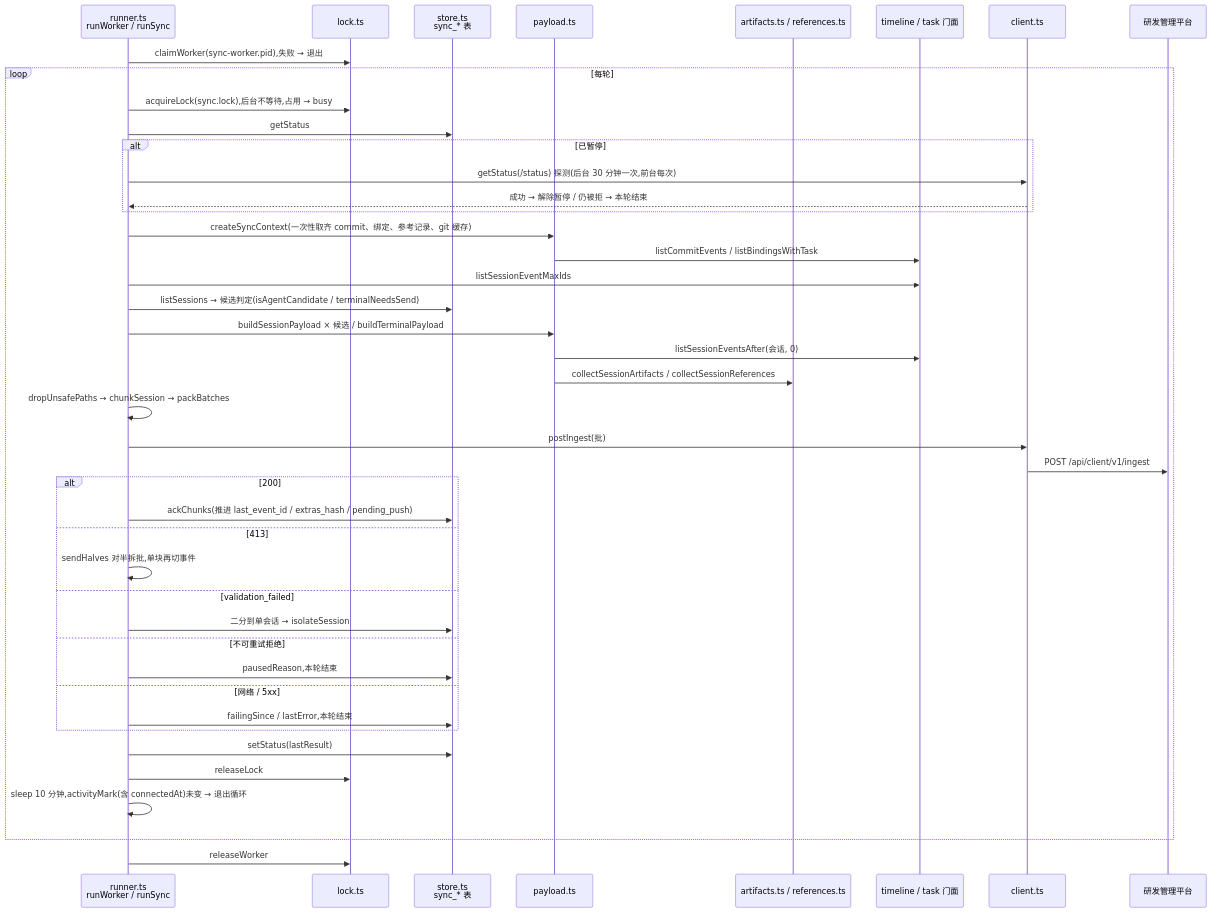
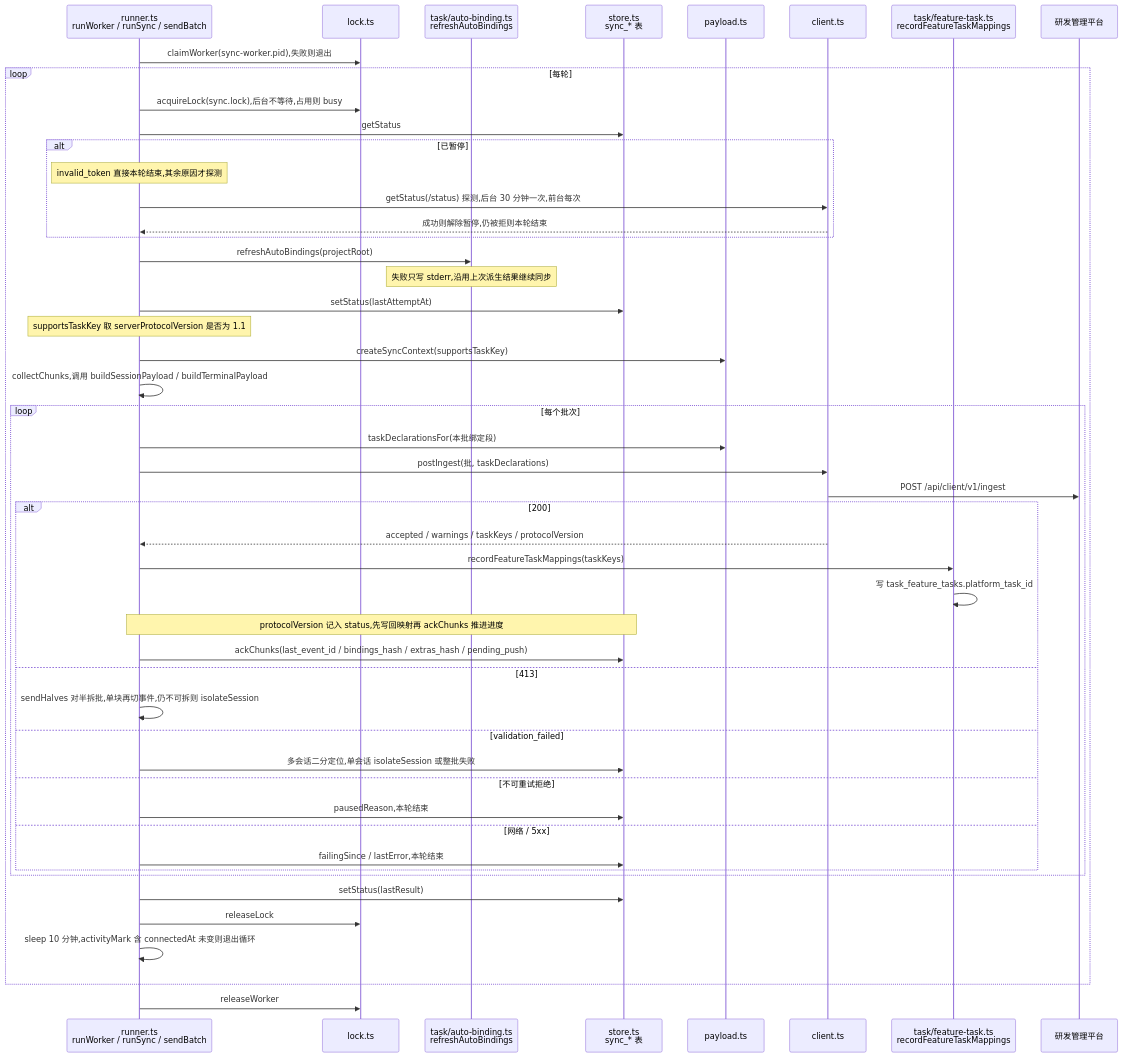
The third of 5 diagrams in docs/code-map/flows/平台上报.md (smdnkB/cgraphx), drawn with Mermaid before and after one commit. The commit also changed other lines of this file and 8 other files, not shown here.

First line of the commit message:
docs: 更新任务知识库与代码地图——任务自动关联落地后的现状

````diff
--- a/docs/code-map/flows/平台上报.md
+++ b/docs/code-map/flows/平台上报.md
@@ -93,46 +124,52 @@
 ```mermaid
 sequenceDiagram
-  participant W as runner.ts<br/>runWorker / runSync
+  participant W as runner.ts<br/>runWorker / runSync / sendBatch
   participant LK as lock.ts
+  participant TASK as task/auto-binding.ts<br/>refreshAutoBindings
   participant ST as store.ts<br/>sync_* 表
   participant PL as payload.ts
-  participant AR as artifacts.ts / references.ts
-  participant TL as timeline / task 门面
   participant CL as client.ts
+  participant FTK as task/feature-task.ts<br/>recordFeatureTaskMappings
   participant P as 研发管理平台
 
-  W->>LK: claimWorker(sync-worker.pid),失败 → 退出
+  W->>LK: claimWorker(sync-worker.pid),失败则退出
   loop 每轮
-    W->>LK: acquireLock(sync.lock),后台不等待,占用 → busy
+    W->>LK: acquireLock(sync.lock),后台不等待,占用则 busy
     W->>ST: getStatus
     alt 已暂停
-      W->>CL: getStatus(/status) 探测(后台 30 分钟一次,前台每次)
-      CL-->>W: 成功 → 解除暂停 / 仍被拒 → 本轮结束
+      Note over W: invalid_token 直接本轮结束,其余原因才探测
+      W->>CL: getStatus(/status) 探测,后台 30 分钟一次,前台每次
+      CL-->>W: 成功则解除暂停,仍被拒则本轮结束
     end
-    W->>PL: createSyncContext(一次性取齐 commit、绑定、参考记录、git 缓存)
-    PL->>TL: listCommitEvents / listBindingsWithTask
-    W->>TL: listSessionEventMaxIds
-    W->>ST: listSessions → 候选判定(isAgentCandidate / terminalNeedsSend)
-    W->>PL: buildSessionPayload × 候选 / buildTerminalPayload
-    PL->>TL: listSessionEventsAfter(会话, 0)
-    PL->>AR: collectSessionArtifacts / collectSessionReferences
-    W->>W: dropUnsafePaths → chunkSession → packBatches
-    W->>CL: postIngest(批)
-    CL->>P: POST /api/client/v1/ingest
-    alt 200
-      W->>ST: ackChunks(推进 last_event_id / extras_hash / pending_push)
-    else 413
-      W->>W: sendHalves 对半拆批,单块再切事件
-    else validation_failed
-      W->>ST: 二分到单会话 → isolateSession
-    else 不可重试拒绝
-      W->>ST: pausedReason,本轮结束
-    else 网络 / 5xx
-      W->>ST: failingSince / lastError,本轮结束
+    W->>TASK: refreshAutoBindings(projectRoot)
+    Note over TASK: 失败只写 stderr,沿用上次派生结果继续同步
+    W->>ST: setStatus(lastAttemptAt)
+    Note over W: supportsTaskKey 取 serverProtocolVersion 是否为 1.1
+    W->>PL: createSyncContext(supportsTaskKey)
+    W->>W: collectChunks,调用 buildSessionPayload / buildTerminalPayload
+    loop 每个批次
+      W->>PL: taskDeclarationsFor(本批绑定段)
+      W->>CL: postIngest(批, taskDeclarations)
+      CL->>P: POST /api/client/v1/ingest
+      alt 200
+        CL-->>W: accepted / warnings / taskKeys / protocolVersion
+        W->>FTK: recordFeatureTaskMappings(taskKeys)
+        FTK->>FTK: 写 task_feature_tasks.platform_task_id
+        Note over W,ST: protocolVersion 记入 status,先写回映射再 ackChunks 推进进度
+        W->>ST: ackChunks(last_event_id / bindings_hash / extras_hash / pending_push)
+      else 413
+        W->>W: sendHalves 对半拆批,单块再切事件,仍不可拆则 isolateSession
+      else validation_failed
+        W->>ST: 多会话二分定位,单会话 isolateSession 或整批失败
+      else 不可重试拒绝
+        W->>ST: pausedReason,本轮结束
+      else 网络 / 5xx
+        W->>ST: failingSince / lastError,本轮结束
+      end
     end
     W->>ST: setStatus(lastResult)
     W->>LK: releaseLock
-    W->>W: sleep 10 分钟,activityMark(含 connectedAt)未变 → 退出循环
+    W->>W: sleep 10 分钟,activityMark 含 connectedAt 未变则退出循环
   end
   W->>LK: releaseWorker
 ```
````
